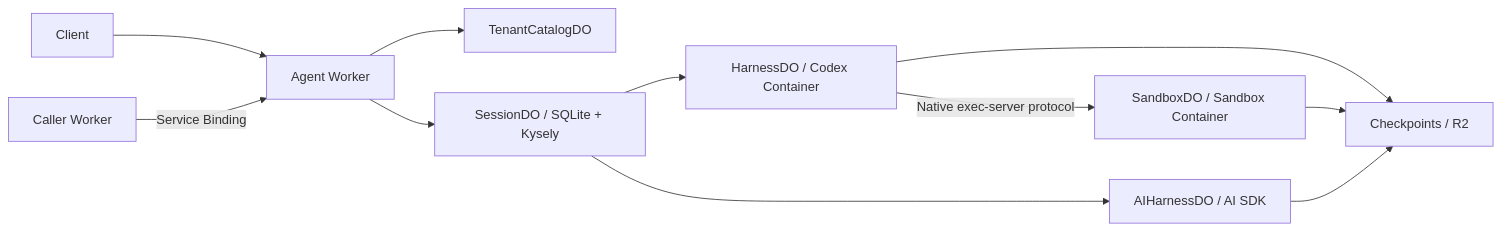
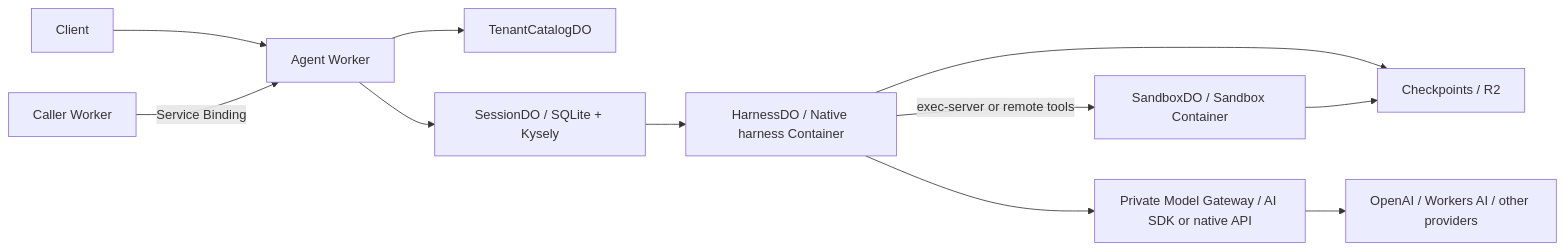
One commit to inaridiy/CF-Open-Agents-API changed the diagram in README.md. Above: the diagram before and after it, drawn with Mermaid. The commit also changed other lines of this file and 52 other files, not shown here.

Commit message:
Separate model adapters from native harnesses and add Claude Code and OpenCode

````diff
--- a/README.md
+++ b/README.md
@@ -13,13 +13,13 @@
 ```mermaid
 flowchart LR
   Client --> API[Agent Worker]
   Caller[Caller Worker] -->|Service Binding| API
   API --> Catalog[TenantCatalogDO]
   API --> Session[SessionDO / SQLite + Kysely]
-  Session --> Harness[HarnessDO / Codex Container]
-  Harness -->|Native exec-server protocol| Sandbox[SandboxDO / Sandbox Container]
-  Session --> AI[AIHarnessDO / AI SDK]
+  Session --> Harness[HarnessDO / Native harness Container]
+  Harness -->|exec-server or remote tools| Sandbox[SandboxDO / Sandbox Container]
+  Harness --> Gateway[Private Model Gateway / AI SDK or native API]
+  Gateway --> Model[OpenAI / Workers AI / other providers]
   Harness --> R2[Checkpoints / R2]
   Sandbox --> R2
-  AI --> R2
 ```
````
